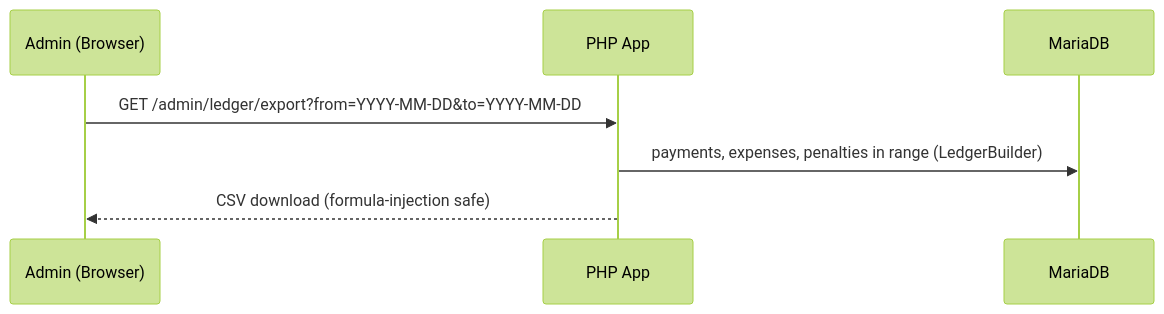
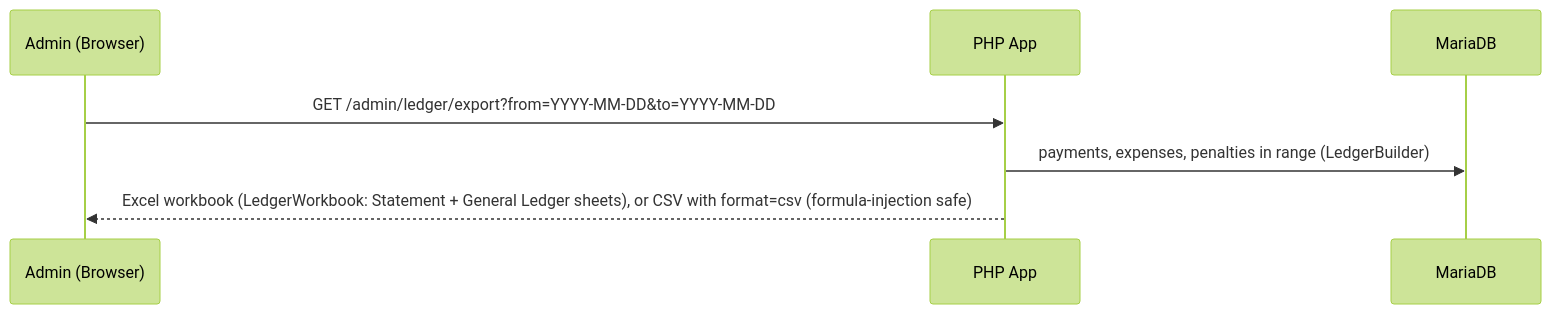
Before and after one commit to Kierbz123/rjm-boardinghouse-system: the sixth of 7 diagrams in claude-code-project-files/ARCHITECTURE.md, drawn with Mermaid (forest theme). The commit also changed other lines of this file and 98 other files, not shown here.

````diff
--- a/claude-code-project-files/ARCHITECTURE.md
+++ b/claude-code-project-files/ARCHITECTURE.md
@@ -149,9 +149,9 @@
 ```mermaid
 sequenceDiagram
     participant A as Admin (Browser)
     participant P as PHP App
     participant D as MariaDB
     A->>P: GET /admin/ledger/export?from=YYYY-MM-DD&to=YYYY-MM-DD
     P->>D: payments, expenses, penalties in range (LedgerBuilder)
-    P-->>A: CSV download (formula-injection safe)
+    P-->>A: Excel workbook (LedgerWorkbook: Statement + General Ledger sheets), or CSV with format=csv (formula-injection safe)
 ```
````
